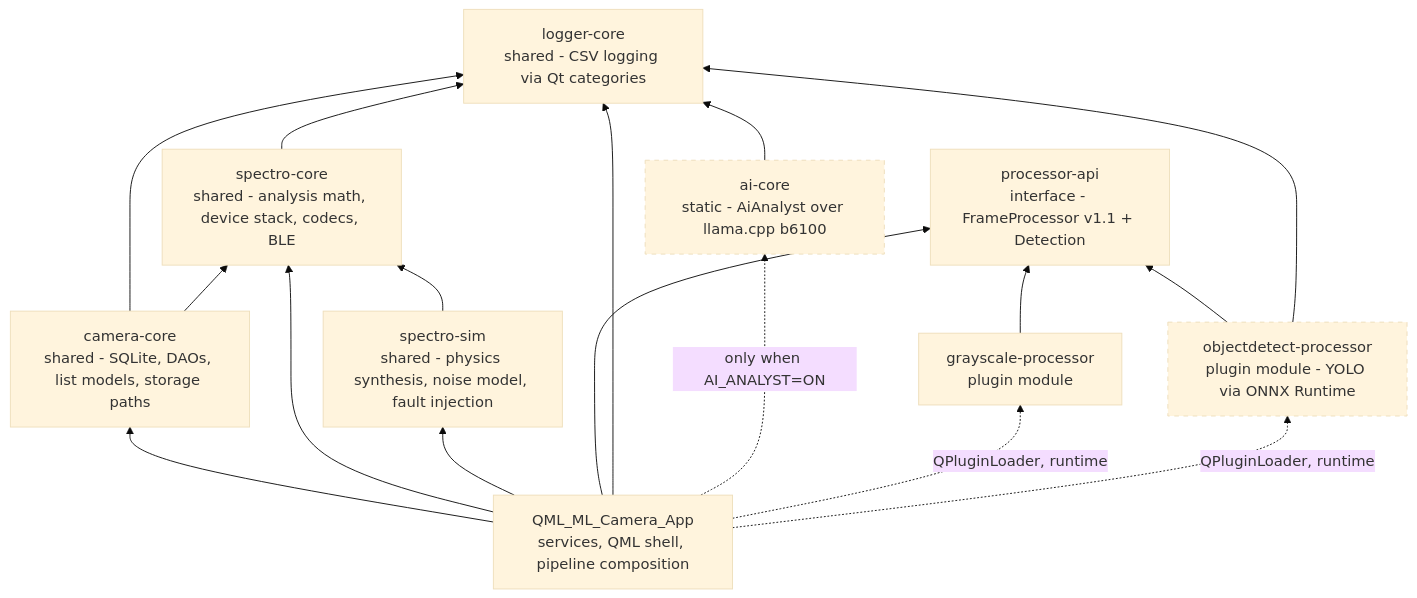
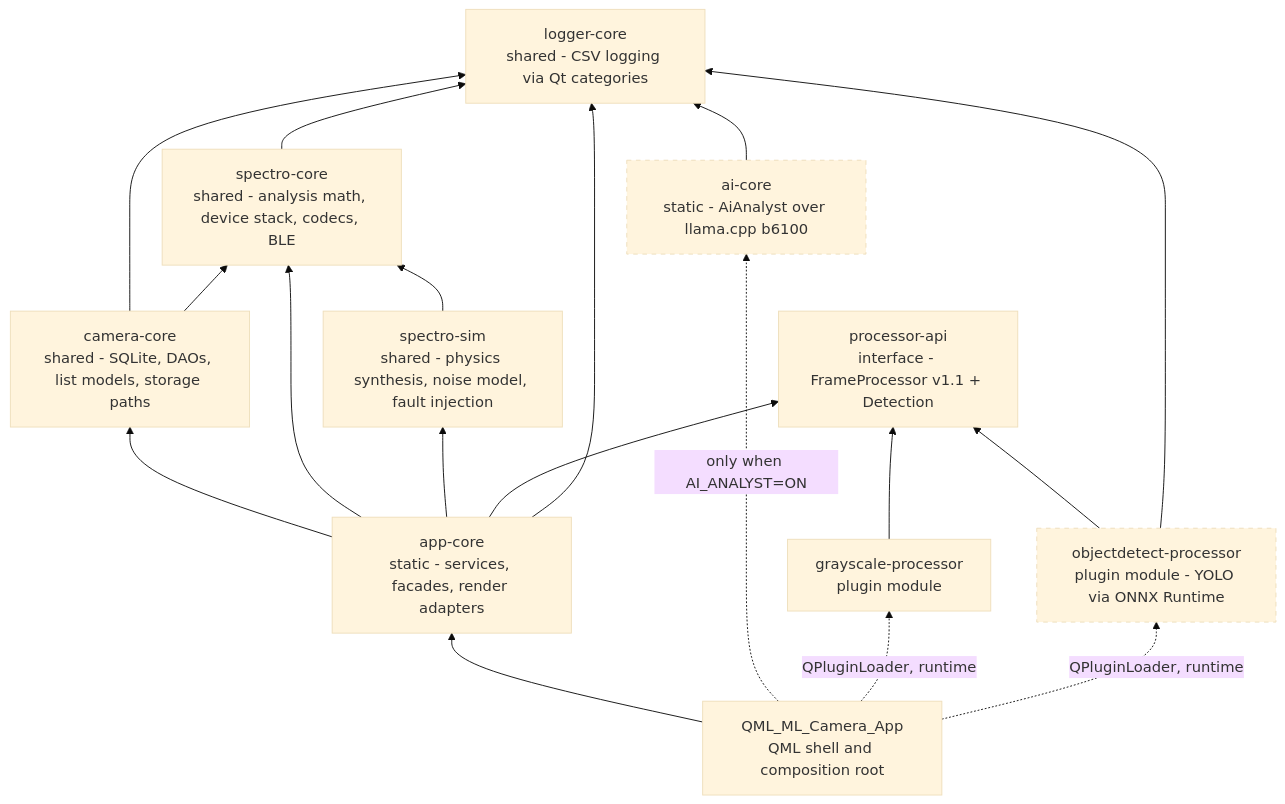
Before and after one commit to gwamoniak/solid-broccoli: the first of 7 diagrams in docs/ARCHITECTURE.md, drawn with Mermaid (base theme). The commit also changed other lines of this file and 68 other files, not shown here.

````diff
--- a/docs/ARCHITECTURE.md
+++ b/docs/ARCHITECTURE.md
@@ -46,32 +46,34 @@
 ```mermaid
 flowchart BT
     logger["logger-core<br/>shared - CSV logging via Qt categories"]
     papi["processor-api<br/>interface - FrameProcessor v1.1 + Detection"]
     spectro["spectro-core<br/>shared - analysis math, device stack, codecs, BLE"]
     sim["spectro-sim<br/>shared - physics synthesis, noise model, fault injection"]
     camera["camera-core<br/>shared - SQLite, DAOs, list models, storage paths"]
+    appcore["app-core<br/>static - services, facades, render adapters"]
     ai["ai-core<br/>static - AiAnalyst over llama.cpp b6100"]
     gray["grayscale-processor<br/>plugin module"]
     det["objectdetect-processor<br/>plugin module - YOLO via ONNX Runtime"]
-    app["QML_ML_Camera_App<br/>services, QML shell, pipeline composition"]
+    app["QML_ML_Camera_App<br/>QML shell and composition root"]
 
     spectro --> logger
     sim --> spectro
     camera --> logger
     camera --> spectro
     gray --> papi
     det --> papi
     det --> logger
     ai --> logger
-    app --> camera
-    app --> spectro
-    app --> sim
-    app --> papi
-    app --> logger
+    appcore --> camera
+    appcore --> spectro
+    appcore --> sim
+    appcore --> papi
+    appcore --> logger
+    app --> appcore
     app -. "only when AI_ANALYST=ON" .-> ai
     app -. "QPluginLoader, runtime" .-> gray
     app -. "QPluginLoader, runtime" .-> det
 
     classDef optional stroke-dasharray: 5 5;
     class ai,det optional;
 ```
````
